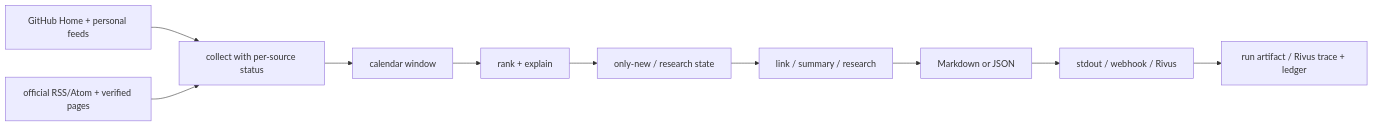
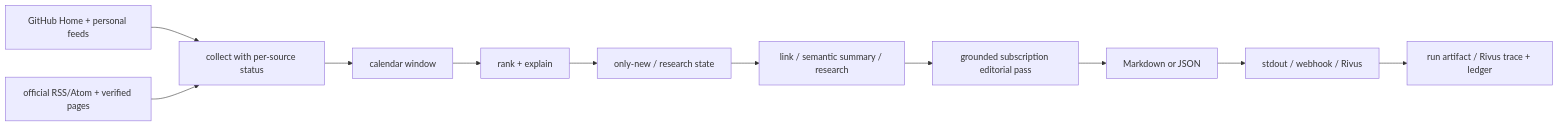
The diagram in docs/architecture.md (PerfectPan/rss-summary), drawn with Mermaid before and after one commit. The commit also changed other lines of this file and 23 other files, not shown here.

First line of the commit message:
feat(digest): add semantic subscription summaries (#37)

````diff
--- a/docs/architecture.md
+++ b/docs/architecture.md
@@ -20,12 +20,13 @@
 ```mermaid
 flowchart LR
   Personal["GitHub Home + personal feeds"] --> Collect["collect with per-source status"]
   Official["official RSS/Atom + verified pages"] --> Collect
   Collect --> Window["calendar window"]
   Window --> Rank["rank + explain"]
   Rank --> State["only-new / research state"]
-  State --> Depth["link / summary / research"]
-  Depth --> Render["Markdown or JSON"]
+  State --> Depth["link / semantic summary / research"]
+  Depth --> Edit["grounded subscription editorial pass"]
+  Edit --> Render["Markdown or JSON"]
   Render --> Delivery["stdout / webhook / Rivus"]
   Delivery --> Audit["run artifact / Rivus trace + ledger"]
 ```
````
